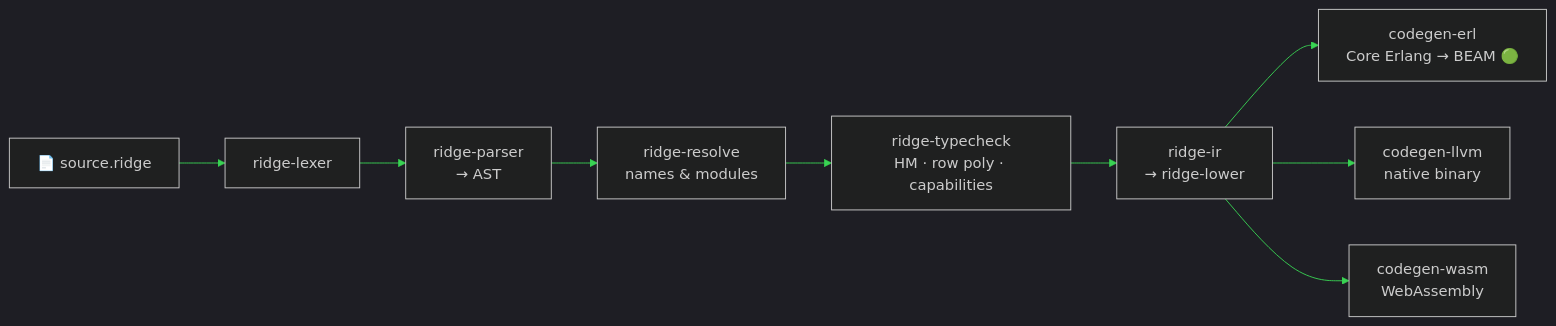
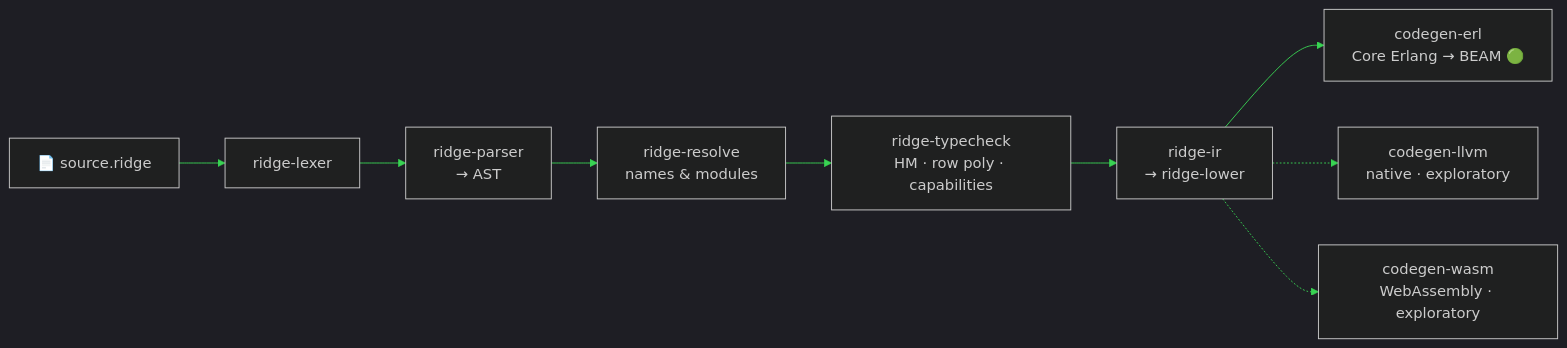
Before and after one commit to JAAvila-Of/JAAvila-Of: the diagram in README.md, drawn with Mermaid. The commit also changed other lines of this file, not shown here.

Commit message:
Reframe Ridge backends: BEAM established, LLVM/WASM exploratory

````diff
--- a/README.md
+++ b/README.md
@@ -82,12 +82,12 @@
 ```mermaid
 %%{init: {'theme':'dark', 'themeVariables': {'primaryColor':'#0d1117','primaryBorderColor':'#39d353','lineColor':'#39d353','primaryTextColor':'#c9d1d9','fontFamily':'JetBrains Mono, monospace'}}}%%
 flowchart LR
     SRC["📄 source.ridge"] --> LEX["ridge-lexer"]
     LEX --> PAR["ridge-parser<br/>→ AST"]
     PAR --> RES["ridge-resolve<br/>names & modules"]
     RES --> TC["ridge-typecheck<br/>HM · row poly · capabilities"]
     TC --> IR["ridge-ir<br/>→ ridge-lower"]
     IR --> ERL["codegen-erl<br/>Core Erlang → BEAM 🟢"]
-    IR --> LLVM["codegen-llvm<br/>native binary"]
-    IR --> WASM["codegen-wasm<br/>WebAssembly"]
+    IR -.-> LLVM["codegen-llvm<br/>native · exploratory"]
+    IR -.-> WASM["codegen-wasm<br/>WebAssembly · exploratory"]
 ```
````
